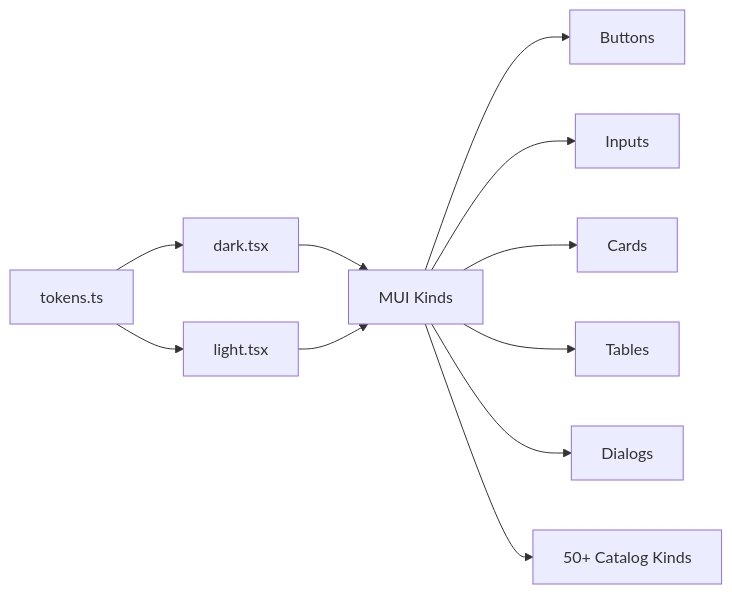
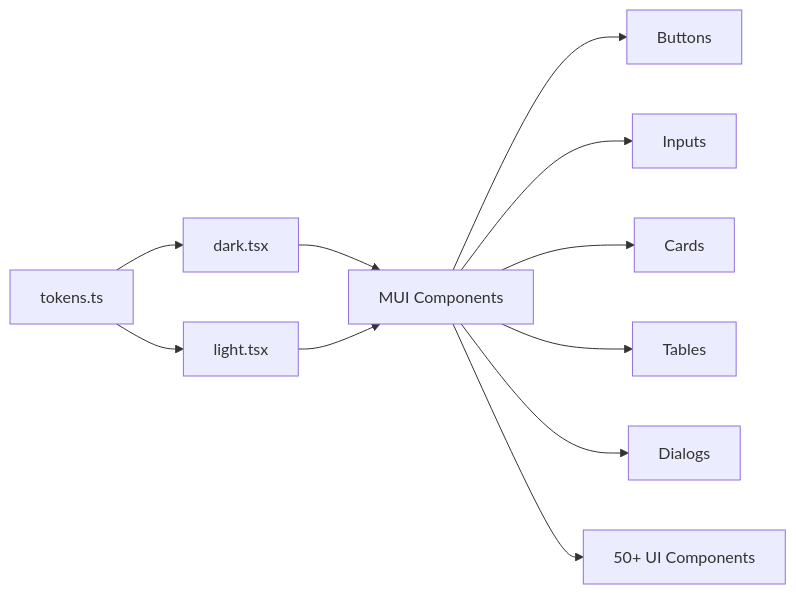
Before and after one commit to plantonhq/planton: the second of 4 diagrams in _changelog/2026-01/2026-01-12-182748-frontend-design-system-dashboard-enhancement.md, drawn with Mermaid. The commit also changed other lines of this file and 652 other files, not shown here.

First line of the commit message:
docs,fix: every word decided by meaning -- catalog kinds, Infra Components, provider resources and Infra Stacks across docs, skills, rules, records and code comments

````diff
--- a/_changelog/2026-01/2026-01-12-182748-frontend-design-system-dashboard-enhancement.md
+++ b/_changelog/2026-01/2026-01-12-182748-frontend-design-system-dashboard-enhancement.md
@@ -162,15 +162,15 @@
 ```mermaid
 flowchart LR
     Tokens[tokens.ts] --> Dark[dark.tsx]
     Tokens --> Light[light.tsx]
 
-    Dark --> MuiKinds[MUI Kinds]
-    Light --> MuiKinds
+    Dark --> MuiComponents[MUI Components]
+    Light --> MuiComponents
 
-    MuiKinds --> Button[Buttons]
-    MuiKinds --> Input[Inputs]
-    MuiKinds --> Card[Cards]
-    MuiKinds --> Table[Tables]
-    MuiKinds --> Dialog[Dialogs]
-    MuiKinds --> 50+[50+ Catalog Kinds]
+    MuiComponents --> Button[Buttons]
+    MuiComponents --> Input[Inputs]
+    MuiComponents --> Card[Cards]
+    MuiComponents --> Table[Tables]
+    MuiComponents --> Dialog[Dialogs]
+    MuiComponents --> 50+[50+ UI Components]
 ```
````
